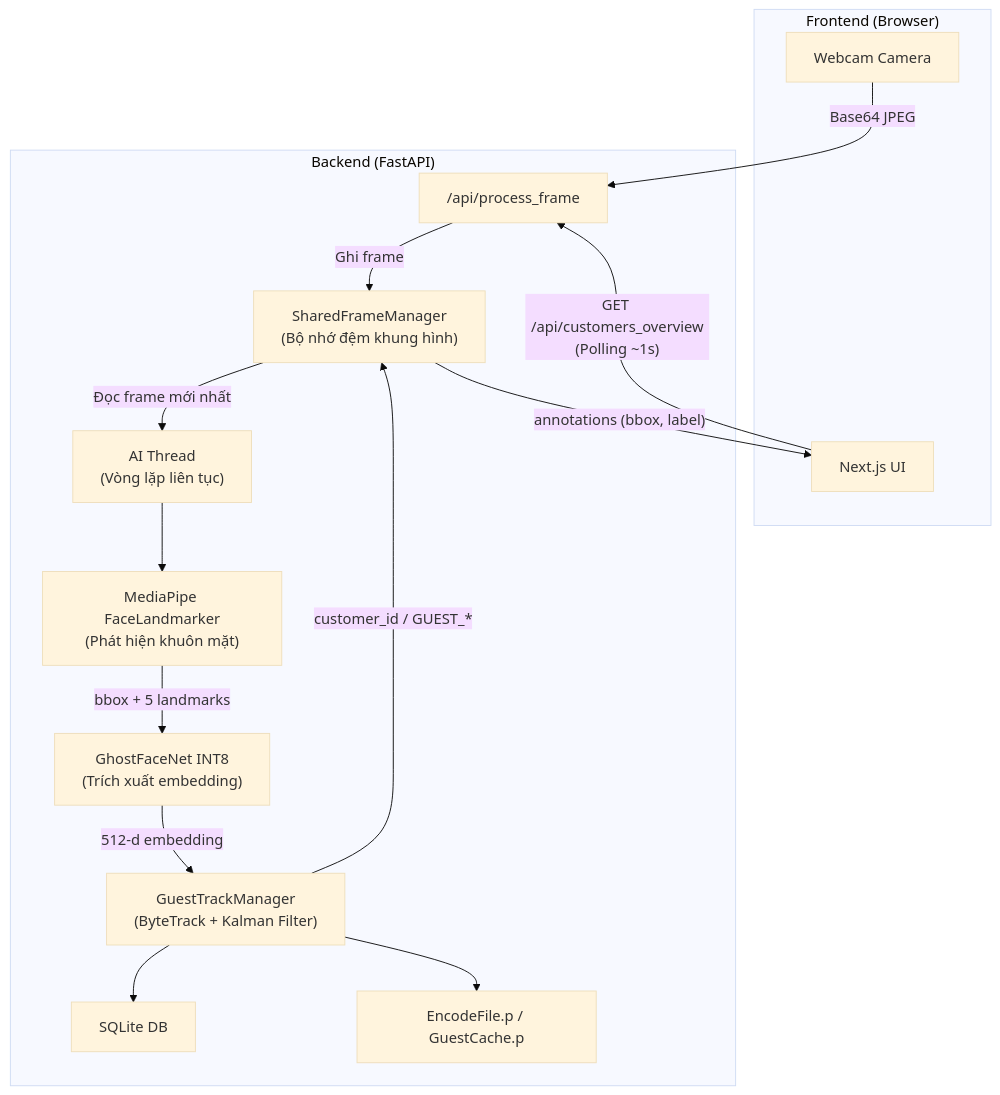
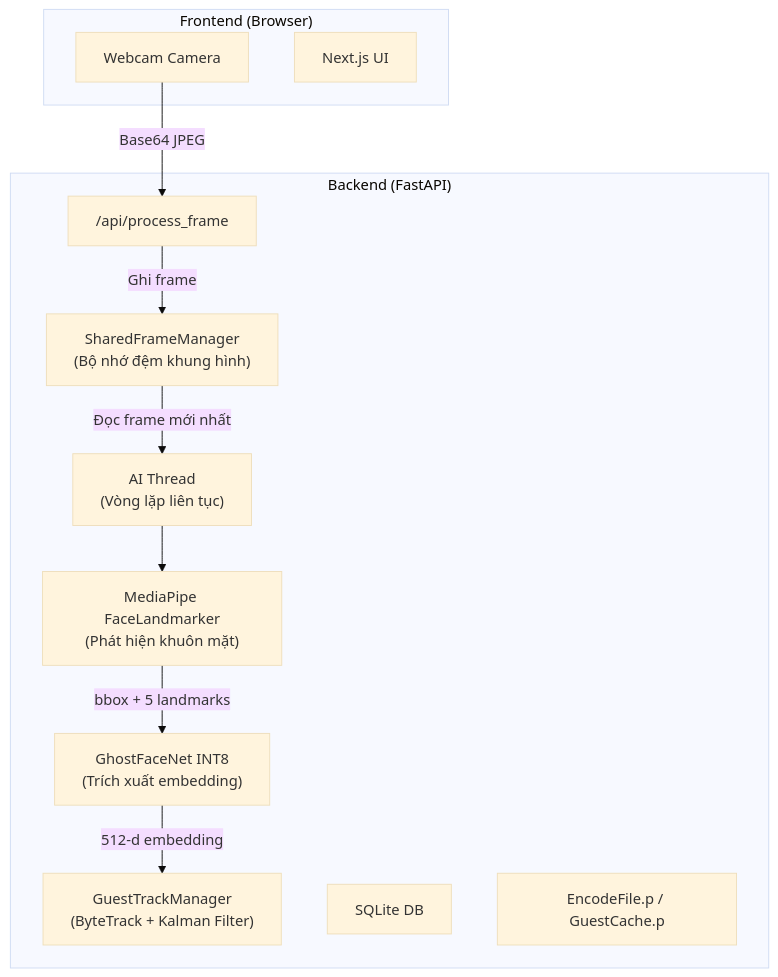
Before and after one commit to hotrungtruc/CustomerLens: the diagram in assets/backend_analysis.md, drawn with Mermaid (base theme). The commit also changed other lines of this file and 11 other files, not shown here.

````diff
--- a/assets/backend_analysis.md
+++ b/assets/backend_analysis.md
@@ -5,30 +5,25 @@
 ```mermaid
 graph TB
     subgraph "Frontend (Browser)"
         CAM[Webcam Camera]
         UI[Next.js UI]
     end
 
     subgraph "Backend (FastAPI)"
         API["/api/process_frame"]
         SFM["SharedFrameManager<br/>(Bộ nhớ đệm khung hình)"]
         AI["AI Thread<br/>(Vòng lặp liên tục)"]
         DET["MediaPipe FaceLandmarker<br/>(Phát hiện khuôn mặt)"]
         EMB["GhostFaceNet INT8<br/>(Trích xuất embedding)"]
         TRK["GuestTrackManager<br/>(ByteTrack + Kalman Filter)"]
         DB["SQLite DB"]
         PKL["EncodeFile.p / GuestCache.p"]
     end
 
     CAM -->|"Base64 JPEG"| API
     API -->|"Ghi frame"| SFM
     SFM -->|"Đọc frame mới nhất"| AI
     AI --> DET
     DET -->|"bbox + 5 landmarks"| EMB
     EMB -->|"512-d embedding"| TRK
-    TRK -->|"customer_id / GUEST_*"| SFM
-    SFM -->|"annotations (bbox, label)"| UI
-    TRK --> DB
-    TRK --> PKL
-    UI -->|"GET /api/customers_overview<br/>(Polling ~1s)"| API
 ```
````
